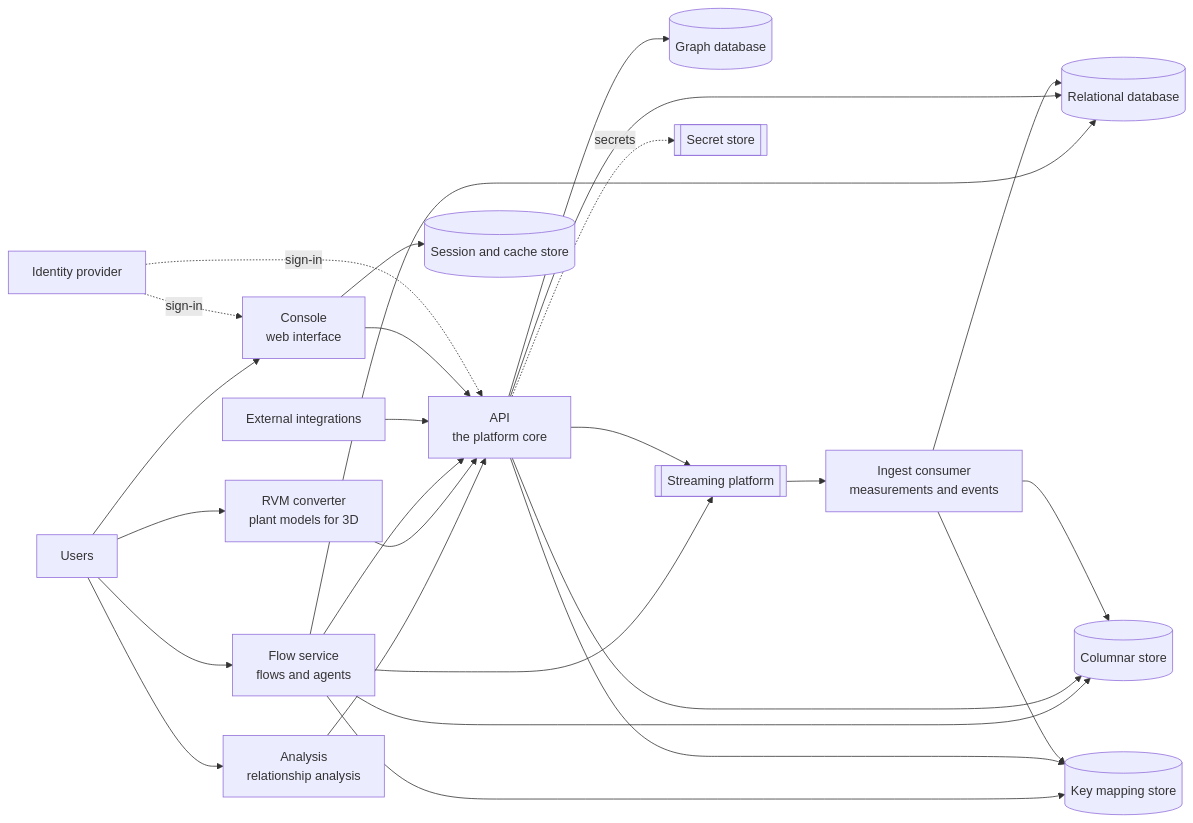
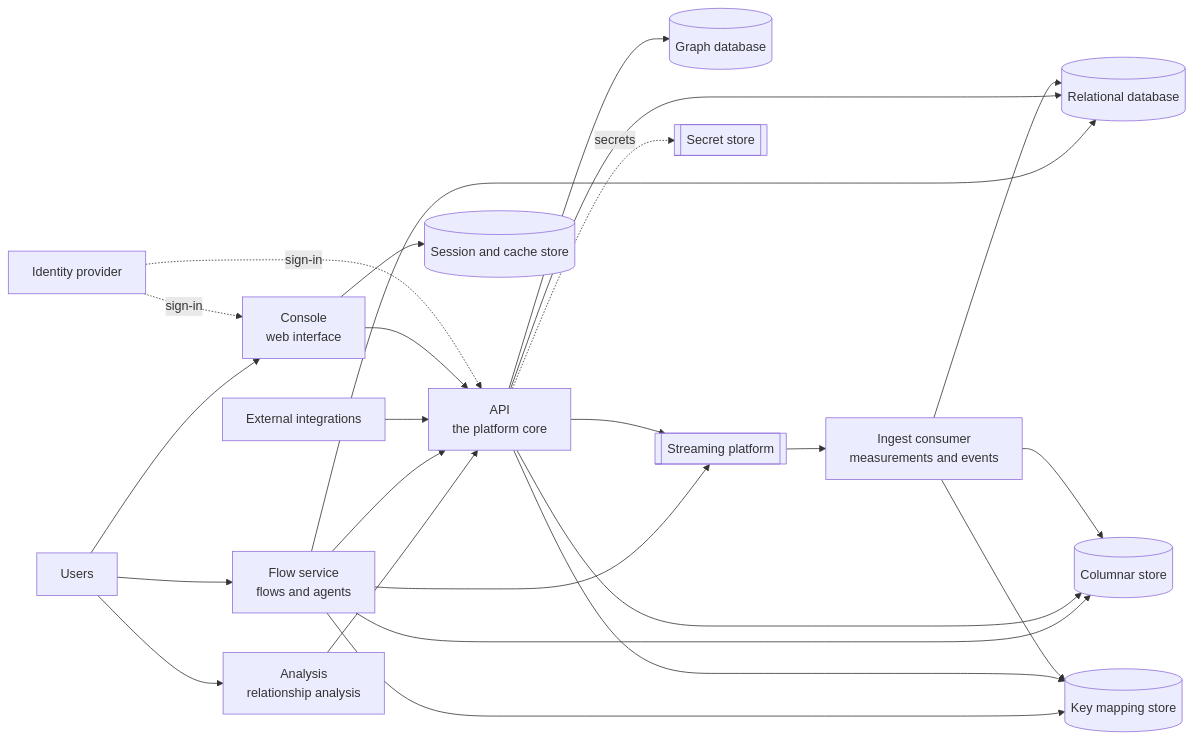
One commit to IntelliStream-DataHub/datahub-docs changed the diagram in docs/administration/architecture.mdx. Above: the diagram before and after it, drawn with Mermaid. The commit also changed other lines of this file and 5 other files, not shown here.

First line of the commit message:
docs: the RVM converter is part of the analysis service

````diff
--- a/docs/administration/architecture.mdx
+++ b/docs/administration/architecture.mdx
@@ -27,49 +27,46 @@
 ```mermaid
 graph LR
     User["Users"]
     Ext["External integrations"]
     IdP["Identity provider"]
 
     Console["Console<br/>web interface"]
     API["API<br/>the platform core"]
     ConsumerSL["Ingest consumer<br/>measurements and events"]
 
     Cache[("Session and cache store")]
     PG[("Relational database")]
     Neo[("Graph database")]
     CH[("Columnar store")]
     KV[("Key mapping store")]
     Stream[["Streaming platform"]]
     Vault[["Secret store"]]
 
     Analysis["Analysis<br/>relationship analysis"]
-    Converter["RVM converter<br/>plant models for 3D"]
     Flow["Flow service<br/>flows and agents"]
 
     User --> Console
     User --> Analysis
     Analysis --> API
-    User --> Converter
-    Converter --> API
     User --> Flow
     Flow --> API
     Flow --> PG
     Flow --> KV
     Flow --> CH
     Flow --> Stream
     Ext --> API
     Console --> API
     Console --> Cache
     API --> PG
     API --> Neo
     API --> CH
     API --> KV
     API --> Stream
     API -. secrets .-> Vault
     Stream --> ConsumerSL
     ConsumerSL --> CH
     ConsumerSL --> PG
     ConsumerSL --> KV
     IdP -. sign-in .-> Console
     IdP -. sign-in .-> API
 ```
````
